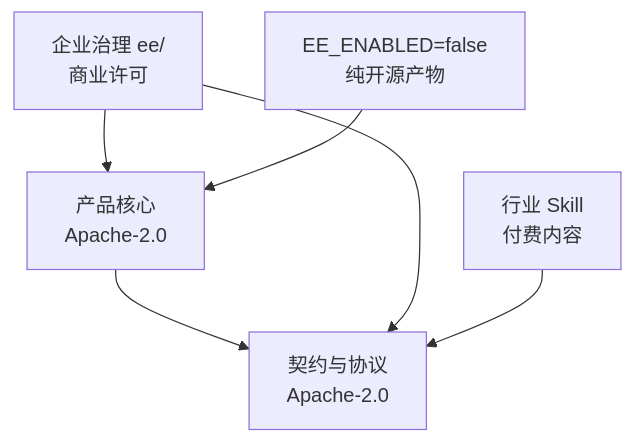
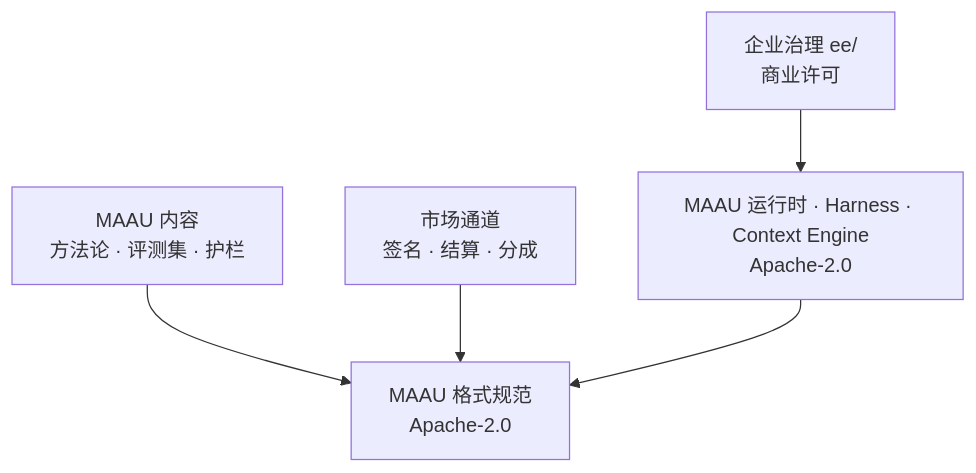
Before and after one commit to boardx/workspacex: the diagram in docs/research/open-source-business-model.md, drawn with Mermaid. The commit also changed other lines of this file, not shown here.

First line of the commit message:
docs(research): rework open-source model around MAAU as the commercial unit (v12)

````diff
--- a/docs/research/open-source-business-model.md
+++ b/docs/research/open-source-business-model.md
@@ -85,12 +108,12 @@
 ```mermaid
 flowchart TD
-    L1["契约与协议<br/>Apache-2.0"]
-    L2["产品核心<br/>Apache-2.0"]
-    L3["企业治理 ee/<br/>商业许可"]
-    L4["行业 Skill<br/>付费内容"]
-    L2 --> L1
-    L3 --> L2
-    L3 --> L1
-    L4 --> L1
-    OSS["EE_ENABLED=false<br/>纯开源产物"] --> L2
+    RT["MAAU 运行时 · Harness · Context Engine<br/>Apache-2.0"]
+    FMT["MAAU 格式规范<br/>Apache-2.0"]
+    CNT["MAAU 内容<br/>方法论 · 评测集 · 护栏"]
+    GOV["企业治理 ee/<br/>商业许可"]
+    MKT["市场通道<br/>签名 · 结算 · 分成"]
+    CNT --> FMT
+    GOV --> RT
+    MKT --> FMT
+    RT --> FMT
 ```
````
